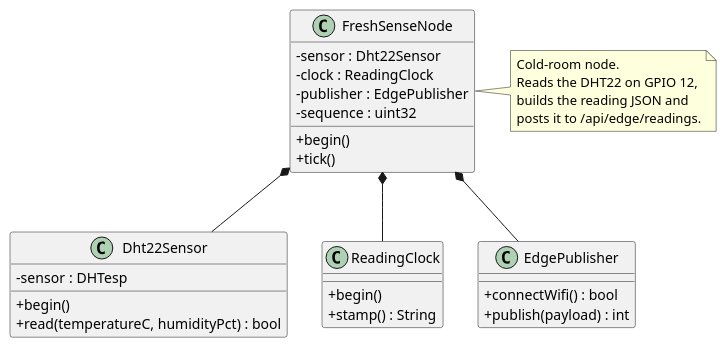
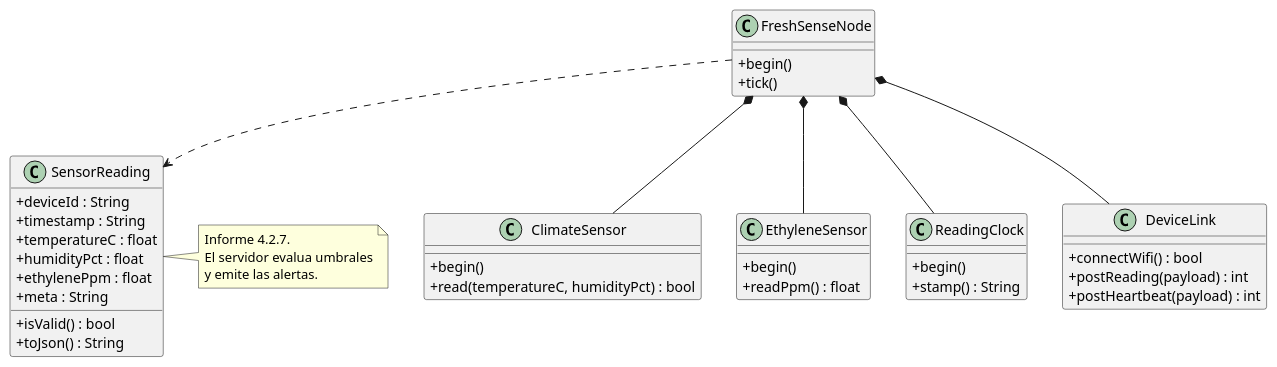
The diagram in docs/class-diagram.puml (u202314019-MrOsoPanda/wokwi), drawn with PlantUML before and after one commit. The commit also changed 4 other files, not shown here.

Commit message:
Align the Wokwi node with the report: send temperature, humidity and ethylene, then the device heartbeat.

```diff
--- a/docs/class-diagram.puml
+++ b/docs/class-diagram.puml
@@ -1,39 +1,52 @@
 @startuml FreshSenseDevice
 skinparam classAttributeIconSize 0
 
-class Dht22Sensor {
-  - sensor : DHTesp
+class ClimateSensor {
   + begin()
   + read(temperatureC, humidityPct) : bool
+}
+
+class EthyleneSensor {
+  + begin()
+  + readPpm() : float
+}
+
+class SensorReading {
+  + deviceId : String
+  + timestamp : String
+  + temperatureC : float
+  + humidityPct : float
+  + ethylenePpm : float
+  + meta : String
+  + isValid() : bool
+  + toJson() : String
 }
 
 class ReadingClock {
   + begin()
   + stamp() : String
 }
 
-class EdgePublisher {
+class DeviceLink {
   + connectWifi() : bool
-  + publish(payload) : int
+  + postReading(payload) : int
+  + postHeartbeat(payload) : int
 }
 
 class FreshSenseNode {
-  - sensor : Dht22Sensor
-  - clock : ReadingClock
-  - publisher : EdgePublisher
-  - sequence : uint32
   + begin()
   + tick()
 }
 
-FreshSenseNode *-- Dht22Sensor
+FreshSenseNode *-- ClimateSensor
+FreshSenseNode *-- EthyleneSensor
 FreshSenseNode *-- ReadingClock
-FreshSenseNode *-- EdgePublisher
+FreshSenseNode *-- DeviceLink
+FreshSenseNode ..> SensorReading
 
-note right of FreshSenseNode
-  Cold-room node.
-  Reads the DHT22 on GPIO 12,
-  builds the reading JSON and
-  posts it to /api/edge/readings.
+note right of SensorReading
+  Informe 4.2.7.
+  El servidor evalua umbrales
+  y emite las alertas.
 end note
 @enduml
```
